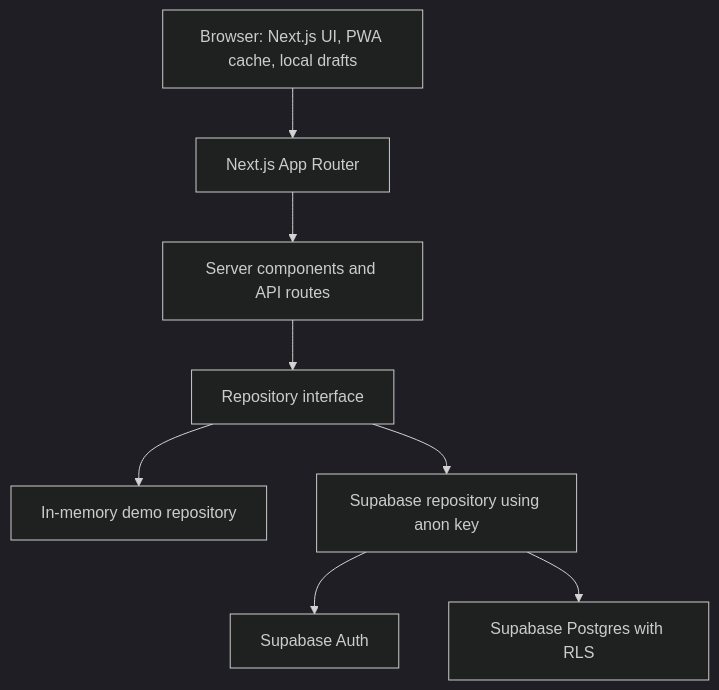
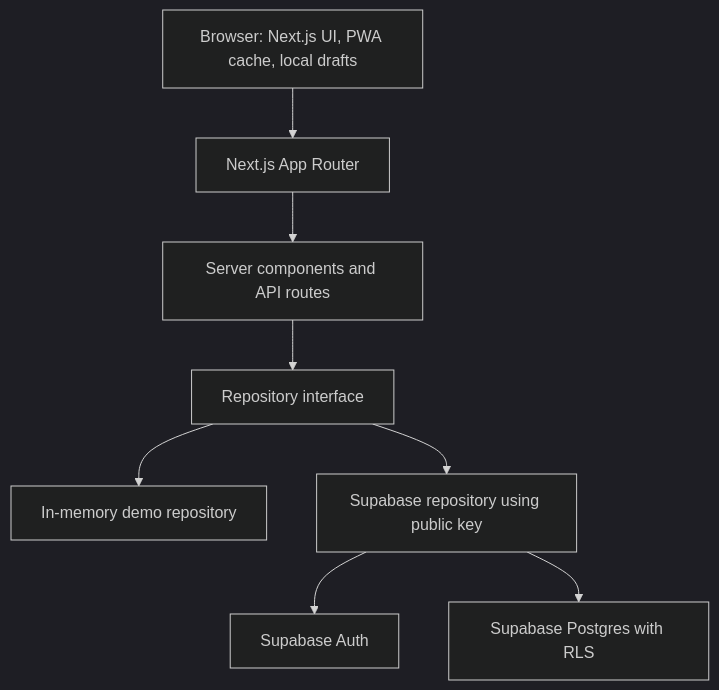
Before and after one commit to Newaznezif/OmoLink: the diagram in README.md, drawn with Mermaid (dark theme). The commit also changed other lines of this file and 213 other files, not shown here.

````diff
--- a/README.md
+++ b/README.md
@@ -89,10 +89,10 @@
 ```mermaid
 flowchart TD
   Browser[Browser: Next.js UI, PWA cache, local drafts] --> App[Next.js App Router]
   App --> Routes[Server components and API routes]
   Routes --> Repo[Repository interface]
   Repo --> Demo[In-memory demo repository]
-  Repo --> Supabase[Supabase repository using anon key]
+  Repo --> Supabase[Supabase repository using public key]
   Supabase --> Auth[Supabase Auth]
   Supabase --> Postgres[Supabase Postgres with RLS]
 ```
````
